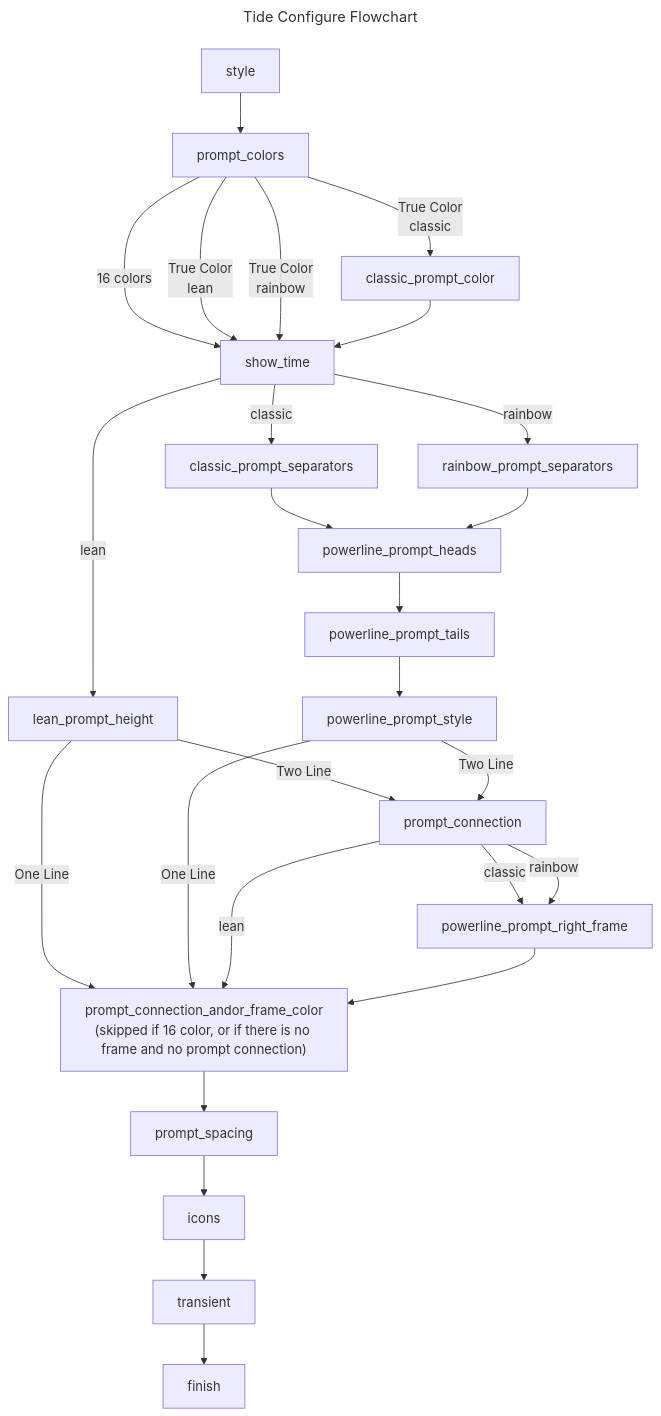
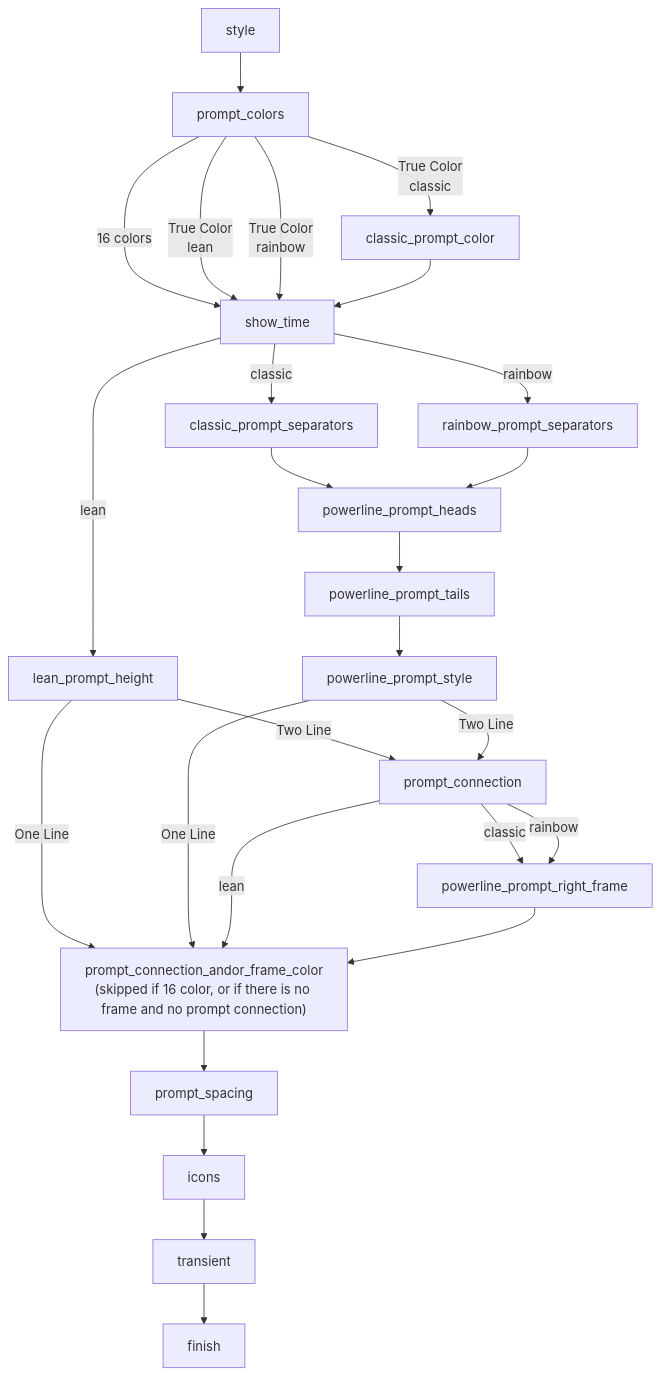
Before and after one commit to IlanCosman/tide: the diagram in ARCHITECTURE.md, drawn with Mermaid. The commit also changed other lines of this file, not shown here.

Commit message:
Pretty up ARCHITECTURE

````diff
--- a/ARCHITECTURE.md
+++ b/ARCHITECTURE.md
@@ -1,48 +5,45 @@
 ```mermaid
----
-title: Tide Configure Flowchart
----
 flowchart TD
 
 prompt_connection_andor_frame_color["prompt_connection_andor_frame_color
 (skipped if 16 color, or if there is no frame and no prompt connection)"]
 
 Style[style] --> prompt_colors
 
 prompt_colors -- "16 colors" --> show_time
 prompt_colors -- "True Color \n lean" --> show_time
 prompt_colors -- "True Color \n rainbow" --> show_time
 prompt_colors -- "True Color \n classic" --> classic_prompt_color
 
 classic_prompt_color --> show_time
 
 show_time -- "lean" --> lean_prompt_height
 show_time -- "classic" --> classic_prompt_separators
 show_time -- "rainbow" --> rainbow_prompt_separators
 
 lean_prompt_height -- "One Line" --> prompt_connection_andor_frame_color
 lean_prompt_height -- "Two Line" --> prompt_connection
 
 classic_prompt_separators --> powerline_prompt_heads
 rainbow_prompt_separators --> powerline_prompt_heads
 
 powerline_prompt_heads --> powerline_prompt_tails
 powerline_prompt_tails --> powerline_prompt_style
 
 powerline_prompt_style -- "One Line" --> prompt_connection_andor_frame_color
 powerline_prompt_style -- "Two Line" --> prompt_connection
 
 prompt_connection -- "lean" --> prompt_connection_andor_frame_color
 prompt_connection -- "classic" --> powerline_prompt_right_frame
 prompt_connection -- "rainbow" --> powerline_prompt_right_frame
 
 powerline_prompt_right_frame --> prompt_connection_andor_frame_color
 
 prompt_connection_andor_frame_color --> prompt_spacing
 
 prompt_spacing --> icons
 
 icons --> transient
 
 transient --> finish
 ```
````
